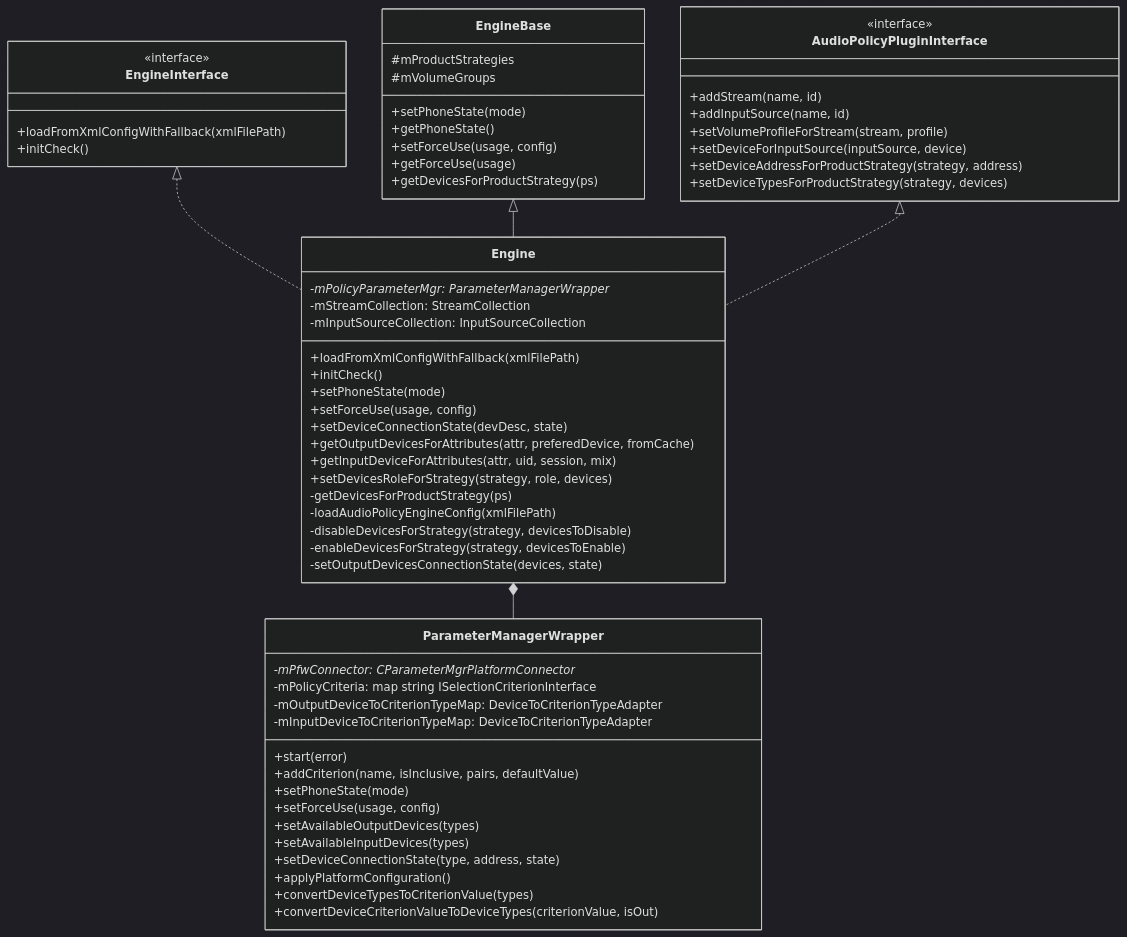
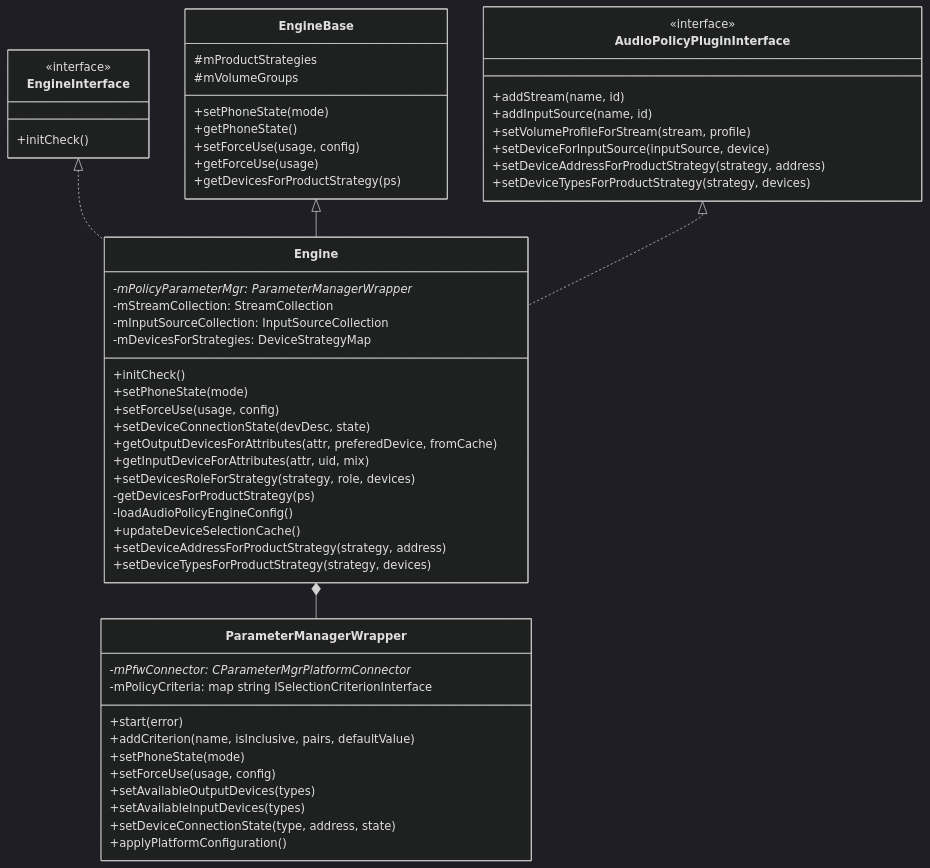
The second of 6 diagrams in 06_Audio_Policy_Engine/06_6.10_EngineConfigurable-Parameter_Framework可配置引擎.md (yanglinzhen1022/SA8295_AAOS_QNX_Audio_KnowledgeBase), drawn with Mermaid (dark theme) before and after one commit. The commit also changed other lines of this file and 11 other files, not shown here.

````diff
--- a/06_Audio_Policy_Engine/06_6.10_EngineConfigurable-Parameter_Framework可配置引擎.md
+++ b/06_Audio_Policy_Engine/06_6.10_EngineConfigurable-Parameter_Framework可配置引擎.md
@@ -56,64 +56,59 @@
 ```mermaid
 classDiagram
     class EngineInterface {
         <<interface>>
-        +loadFromXmlConfigWithFallback(xmlFilePath)
         +initCheck()
     }
     class EngineBase {
         +setPhoneState(mode)
         +getPhoneState()
         +setForceUse(usage, config)
         +getForceUse(usage)
         +getDevicesForProductStrategy(ps)
         #mProductStrategies
         #mVolumeGroups
     }
     class AudioPolicyPluginInterface {
         <<interface>>
         +addStream(name, id)
         +addInputSource(name, id)
         +setVolumeProfileForStream(stream, profile)
         +setDeviceForInputSource(inputSource, device)
         +setDeviceAddressForProductStrategy(strategy, address)
         +setDeviceTypesForProductStrategy(strategy, devices)
     }
     class Engine {
         -mPolicyParameterMgr: ParameterManagerWrapper*
         -mStreamCollection: StreamCollection
         -mInputSourceCollection: InputSourceCollection
-        +loadFromXmlConfigWithFallback(xmlFilePath)
+        -mDevicesForStrategies: DeviceStrategyMap
         +initCheck()
         +setPhoneState(mode)
         +setForceUse(usage, config)
         +setDeviceConnectionState(devDesc, state)
         +getOutputDevicesForAttributes(attr, preferedDevice, fromCache)
-        +getInputDeviceForAttributes(attr, uid, session, mix)
+        +getInputDeviceForAttributes(attr, uid, mix)
         +setDevicesRoleForStrategy(strategy, role, devices)
         -getDevicesForProductStrategy(ps)
-        -loadAudioPolicyEngineConfig(xmlFilePath)
-        -disableDevicesForStrategy(strategy, devicesToDisable)
-        -enableDevicesForStrategy(strategy, devicesToEnable)
-        -setOutputDevicesConnectionState(devices, state)
+        -loadAudioPolicyEngineConfig()
+        +updateDeviceSelectionCache()
+        +setDeviceAddressForProductStrategy(strategy, address)
+        +setDeviceTypesForProductStrategy(strategy, devices)
     }
     class ParameterManagerWrapper {
         -mPfwConnector: CParameterMgrPlatformConnector*
         -mPolicyCriteria: map string ISelectionCriterionInterface
-        -mOutputDeviceToCriterionTypeMap: DeviceToCriterionTypeAdapter
-        -mInputDeviceToCriterionTypeMap: DeviceToCriterionTypeAdapter
         +start(error)
         +addCriterion(name, isInclusive, pairs, defaultValue)
         +setPhoneState(mode)
         +setForceUse(usage, config)
         +setAvailableOutputDevices(types)
         +setAvailableInputDevices(types)
         +setDeviceConnectionState(type, address, state)
         +applyPlatformConfiguration()
-        +convertDeviceTypesToCriterionValue(types)
-        +convertDeviceCriterionValueToDeviceTypes(criterionValue, isOut)
     }
     EngineInterface <|.. Engine
     EngineBase <|-- Engine
     AudioPolicyPluginInterface <|.. Engine
     Engine *-- ParameterManagerWrapper
 ```
````
